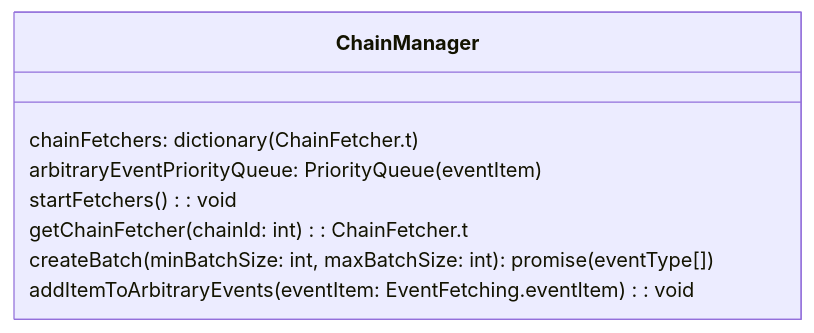
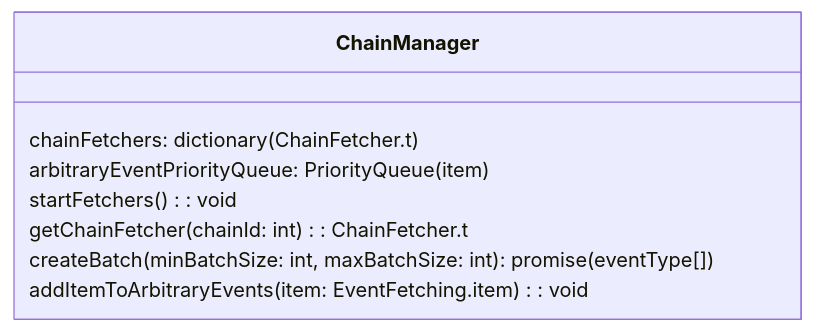
The first of 3 diagrams in internal_docs/EventFetchers.md (enviodev/hyperindex), drawn with Mermaid before and after one commit. The commit also changed 28 other files, not shown here.

Commit message:
Rename eventItem to item

````diff
--- a/internal_docs/EventFetchers.md
+++ b/internal_docs/EventFetchers.md
@@ -7,12 +7,12 @@
 ```mermaid
 classDiagram
   class ChainManager {
     chainFetchers: dictionary(ChainFetcher.t)
-    arbitraryEventPriorityQueue: PriorityQueue(eventItem)
+    arbitraryEventPriorityQueue: PriorityQueue(item)
 
     startFetchers(): void
     getChainFetcher(chainId: int): ChainFetcher.t
     createBatch(minBatchSize: int, maxBatchSize: int): promise(eventType[])
-    addItemToArbitraryEvents(eventItem: EventFetching.eventItem): void
+    addItemToArbitraryEvents(item: EventFetching.item): void
   }
 ```
````
